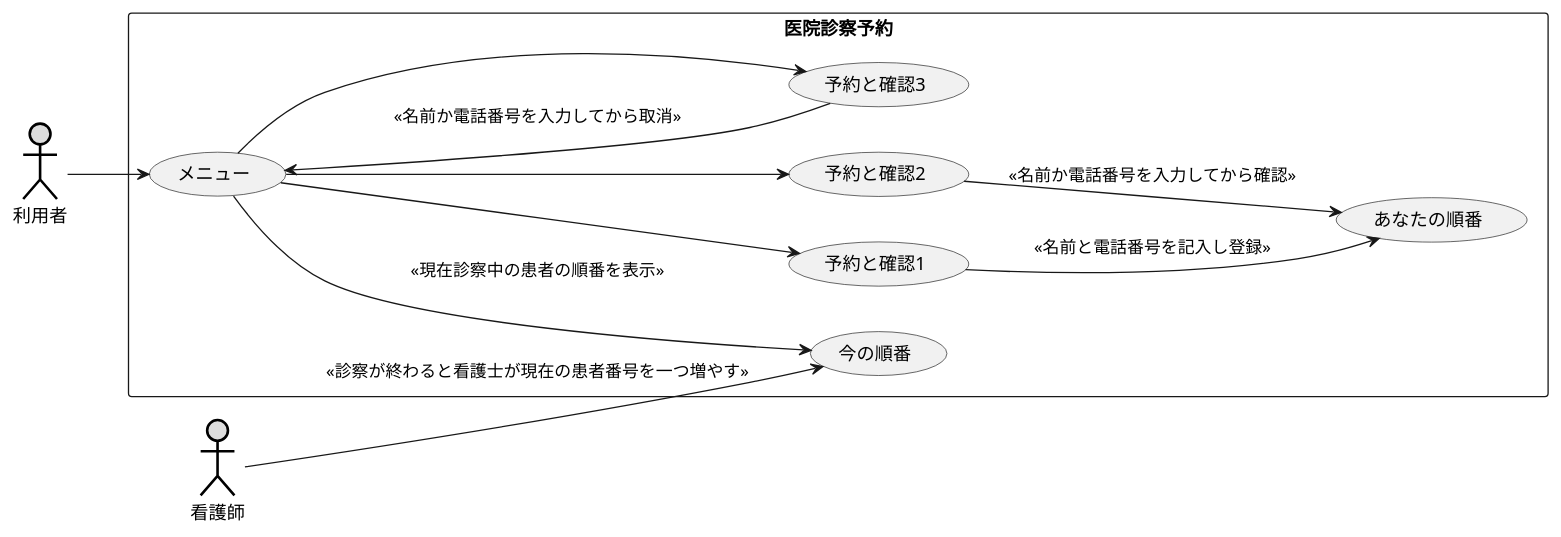
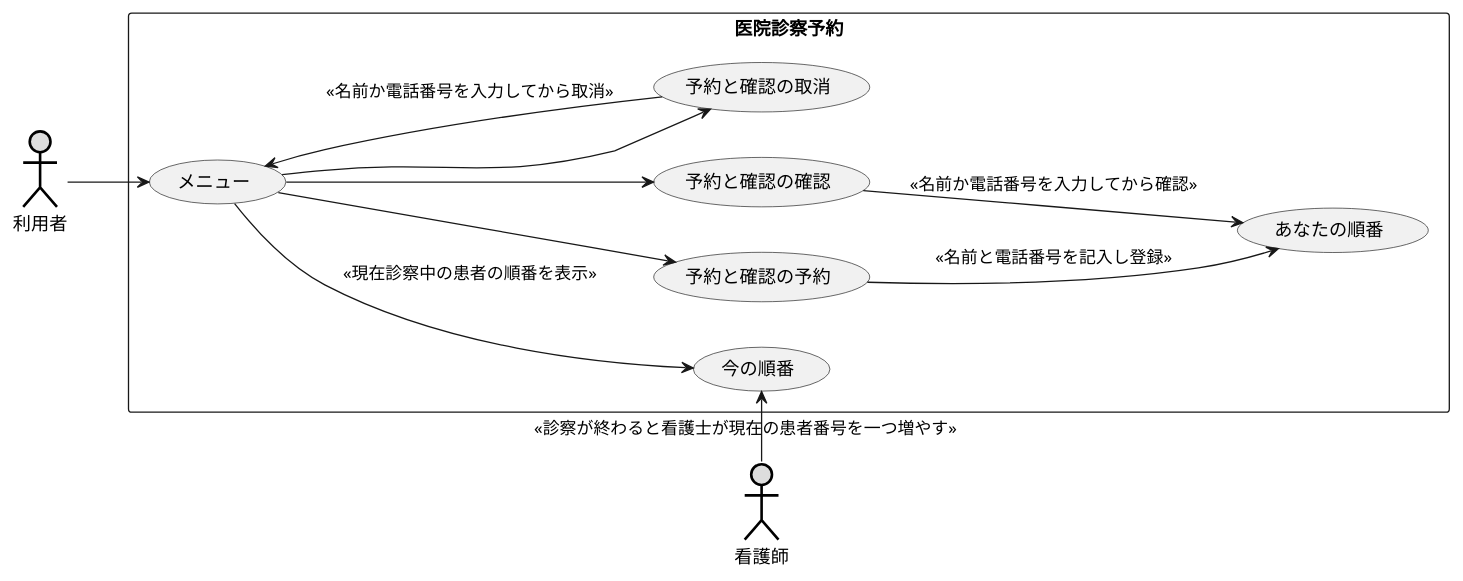
Before and after one commit to oishiinitamago/uml.intro2: the diagram in 演習6-3_ユースケース図_診察予約システム.pu, drawn with PlantUML. The commit also changed 1 other file, not shown here.

```diff
--- a/演習6-3_ユースケース図_診察予約システム.pu
+++ b/演習6-3_ユースケース図_診察予約システム.pu
@@ -1,23 +1,23 @@
 @startuml ユースケース図_診察予約システム
 left to right direction
 actor 利用者 #DDDDDD;line:black;line.bold;
 actor 看護師 #DDDDDD;line:black;line.bold;
 rectangle 医院診察予約{
 usecase メニュー 
-usecase 予約と確認1
-usecase 予約と確認2
-usecase 予約と確認3
+usecase 予約と確認の予約
+usecase 予約と確認の確認
+usecase 予約と確認の取消
 usecase 今の順番 
 usecase あなたの順番 
 
 }
 利用者 --> メニュー
-メニュー --> 予約と確認1
-メニュー --> 予約と確認2
-メニュー --> 予約と確認3
+メニュー --> 予約と確認の予約
+メニュー --> 予約と確認の確認
+メニュー --> 予約と確認の取消
 メニュー --> 今の順番:<<現在診察中の患者の順番を表示>>
-看護師 --> 今の順番:<<診察が終わると看護士が現在の患者番号を一つ増やす>>
-予約と確認1 --> あなたの順番:<<名前と電話番号を記入し登録>>
-予約と確認2 --> あなたの順番:<<名前か電話番号を入力してから確認>>
-予約と確認3 --> メニュー:<<名前か電話番号を入力してから取消>>
+看護師 -right-> 今の順番:<<診察が終わると看護士が現在の患者番号を一つ増やす>>
+予約と確認の予約 --> あなたの順番:<<名前と電話番号を記入し登録>>
+予約と確認の確認 --> あなたの順番:<<名前か電話番号を入力してから確認>>
+予約と確認の取消 --> メニュー:<<名前か電話番号を入力してから取消>>
 @enduml
```
